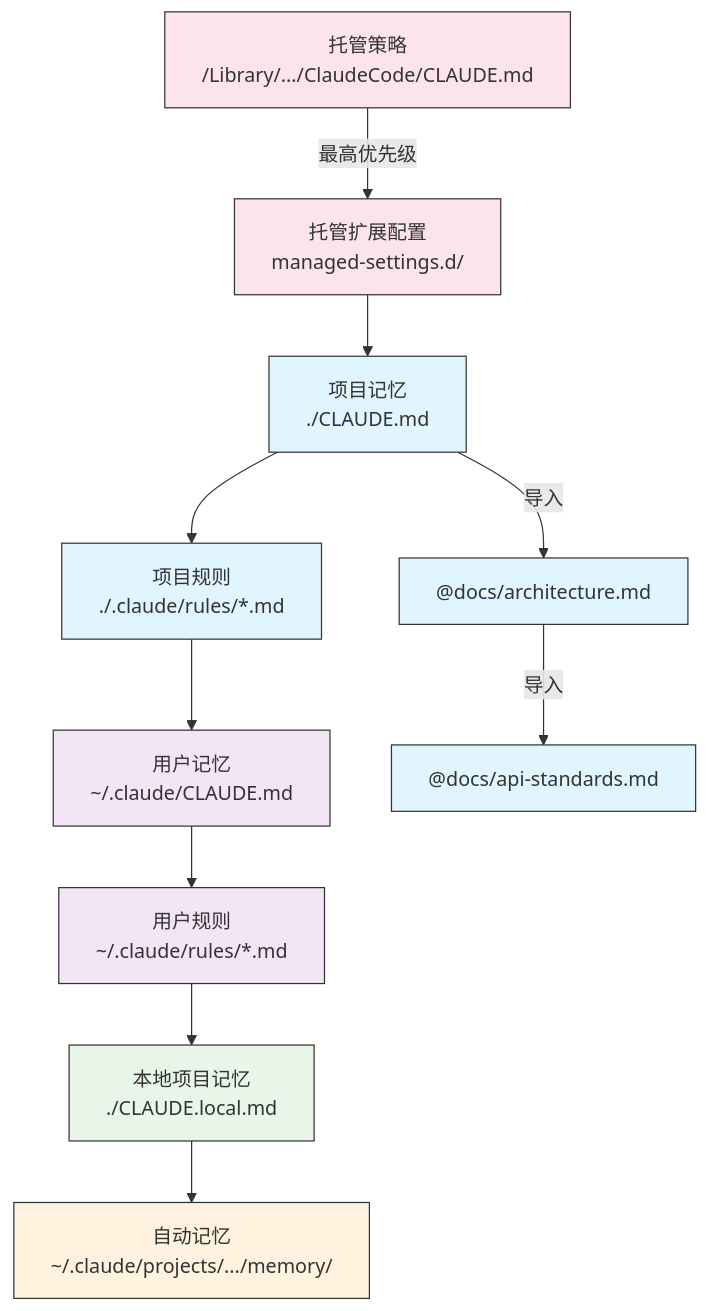
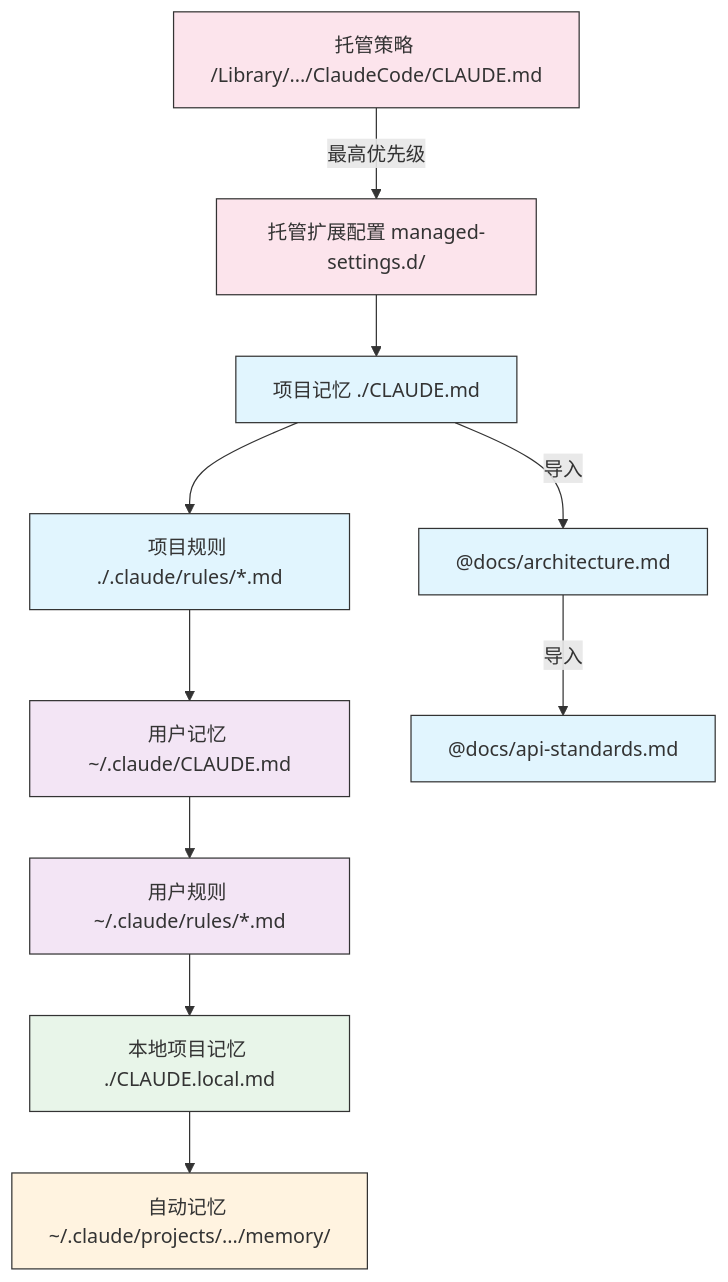
Before and after one commit to Rx782-Fss/claude-howto-zh: the second of 4 diagrams in 02-memory/README.md, drawn with Mermaid. The commit also changed other lines of this file and 5 other files, not shown here.

Commit message:
fix: Mermaid 内全角括号/问号/emoji/<br/> 改为半角ASCII避免 GitHub 渲染失败

````diff
--- a/02-memory/README.md
+++ b/02-memory/README.md
@@ -217,24 +217,24 @@
 ```mermaid
 graph TD
-    A["托管策略<br/>/Library/.../ClaudeCode/CLAUDE.md"] -->|最高优先级| A2["托管扩展配置<br/>managed-settings.d/"]
-    A2 --> B["项目记忆<br/>./CLAUDE.md"]
-    B --> C["项目规则<br/>./.claude/rules/*.md"]
-    C --> D["用户记忆<br/>~/.claude/CLAUDE.md"]
-    D --> E["用户规则<br/>~/.claude/rules/*.md"]
-    E --> F["本地项目记忆<br/>./CLAUDE.local.md"]
-    F --> G["自动记忆<br/>~/.claude/projects/.../memory/"]
+    A["托管策略 /Library/.../ClaudeCode/CLAUDE.md"] -->|最高优先级| A2["托管扩展配置 managed-settings.d/"]
+    A2 --> B["项目记忆 ./CLAUDE.md"]
+    B --> C["项目规则 ./.claude/rules/*.md"]
+    C --> D["用户记忆 ~/.claude/CLAUDE.md"]
+    D --> E["用户规则 ~/.claude/rules/*.md"]
+    E --> F["本地项目记忆 ./CLAUDE.local.md"]
+    F --> G["自动记忆 ~/.claude/projects/.../memory/"]
 
     B -->|导入| H["@docs/architecture.md"]
     H -->|导入| I["@docs/api-standards.md"]
 
     style A fill:#fce4ec,stroke:#333,color:#333
     style A2 fill:#fce4ec,stroke:#333,color:#333
     style B fill:#e1f5fe,stroke:#333,color:#333
     style C fill:#e1f5fe,stroke:#333,color:#333
     style D fill:#f3e5f5,stroke:#333,color:#333
     style E fill:#f3e5f5,stroke:#333,color:#333
     style F fill:#e8f5e9,stroke:#333,color:#333
     style G fill:#fff3e0,stroke:#333,color:#333
     style H fill:#e1f5fe,stroke:#333,color:#333
     style I fill:#e1f5fe,stroke:#333,color:#333
 ```
````
